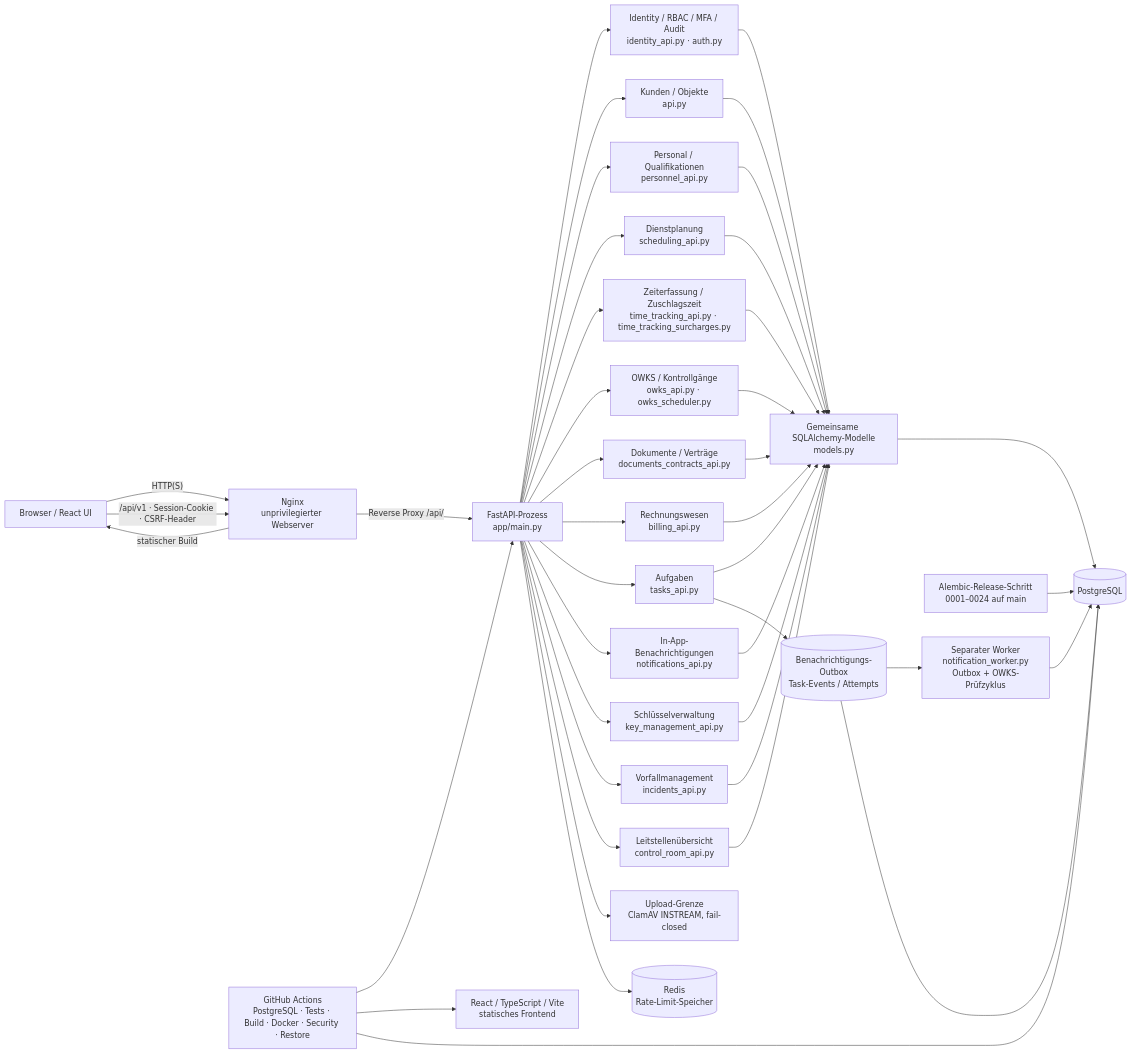
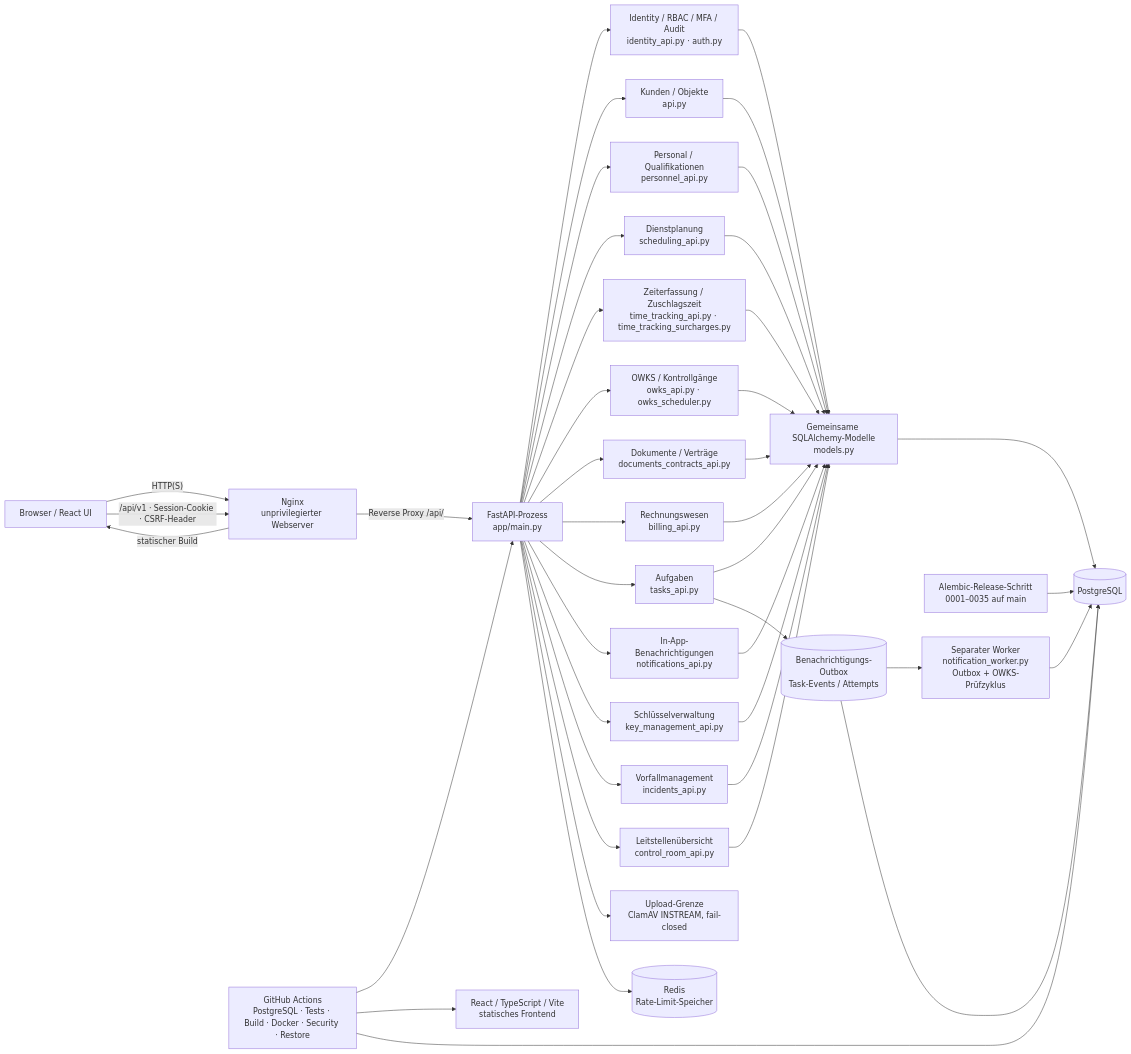
The diagram in docs/ARCHITECTURE.md (Xonni-star/securityops-python), drawn with Mermaid before and after one commit. The commit also changed other lines of this file and 3 other files, not shown here.

````diff
--- a/docs/ARCHITECTURE.md
+++ b/docs/ARCHITECTURE.md
@@ -7,69 +7,69 @@
 ```mermaid
 flowchart LR
     Browser["Browser / React UI"]
     UI["React / TypeScript / Vite<br/>statisches Frontend"]
     Web["Nginx<br/>unprivilegierter Webserver"]
     API["FastAPI-Prozess<br/>app/main.py"]
     Identity["Identity / RBAC / MFA / Audit<br/>identity_api.py · auth.py"]
     Customer["Kunden / Objekte<br/>api.py"]
     People["Personal / Qualifikationen<br/>personnel_api.py"]
     Scheduling["Dienstplanung<br/>scheduling_api.py"]
     Time["Zeiterfassung / Zuschlagszeit<br/>time_tracking_api.py · time_tracking_surcharges.py"]
     OWKS["OWKS / Kontrollgänge<br/>owks_api.py · owks_scheduler.py"]
     Docs["Dokumente / Verträge<br/>documents_contracts_api.py"]
     Billing["Rechnungswesen<br/>billing_api.py"]
     Tasks["Aufgaben<br/>tasks_api.py"]
     Notifications["In-App-Benachrichtigungen<br/>notifications_api.py"]
     Worker["Separater Worker<br/>notification_worker.py<br/>Outbox + OWKS-Prüfzyklus"]
     Keys["Schlüsselverwaltung<br/>key_management_api.py"]
     Incidents["Vorfallmanagement<br/>incidents_api.py"]
     ControlRoom["Leitstellenübersicht<br/>control_room_api.py"]
     Outbox[("Benachrichtigungs-Outbox<br/>Task-Events / Attempts")]
     Scanner["Upload-Grenze<br/>ClamAV INSTREAM, fail-closed"]
     Models["Gemeinsame SQLAlchemy-Modelle<br/>models.py"]
     DB[("PostgreSQL")]
     Redis[("Redis<br/>Rate-Limit-Speicher")]
-    Migrations["Alembic-Release-Schritt<br/>0001–0024 auf main"]
+    Migrations["Alembic-Release-Schritt<br/>0001–0035 auf main"]
     CI["GitHub Actions<br/>PostgreSQL · Tests · Build · Docker · Security · Restore"]
     Browser -->|"HTTP(S)"| Web
     Web -->|"statischer Build"| Browser
     Browser -->|"/api/v1 · Session-Cookie · CSRF-Header"| Web
     Web -->|"Reverse Proxy /api/"| API
     API --> Identity
     API --> Customer
     API --> People
     API --> Scheduling
     API --> Time
     API --> OWKS
     API --> Docs
     API --> Billing
     API --> Tasks
     API --> Notifications
     API --> Keys
     API --> Incidents
     API --> ControlRoom
     API --> Scanner
     Identity --> Models
     Customer --> Models
     People --> Models
     Scheduling --> Models
     Time --> Models
     OWKS --> Models
     Docs --> Models
     Billing --> Models
     Tasks --> Models
     Notifications --> Models
     Keys --> Models
     Incidents --> Models
     ControlRoom --> Models
     Tasks --> Outbox
     Outbox --> Worker
     Worker --> DB
     Outbox --> DB
     Models --> DB
     API --> Redis
     Migrations --> DB
     CI --> API
     CI --> UI
     CI --> DB
 ```
````
